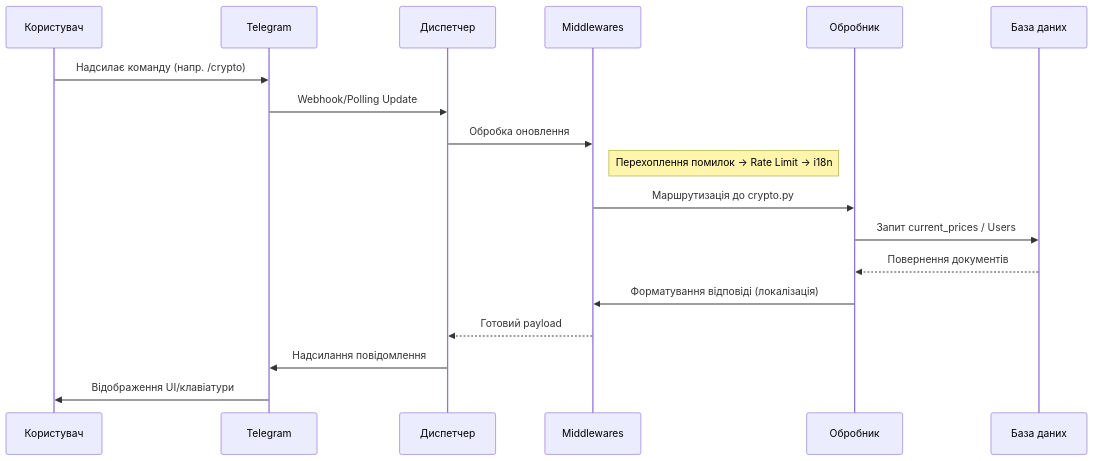
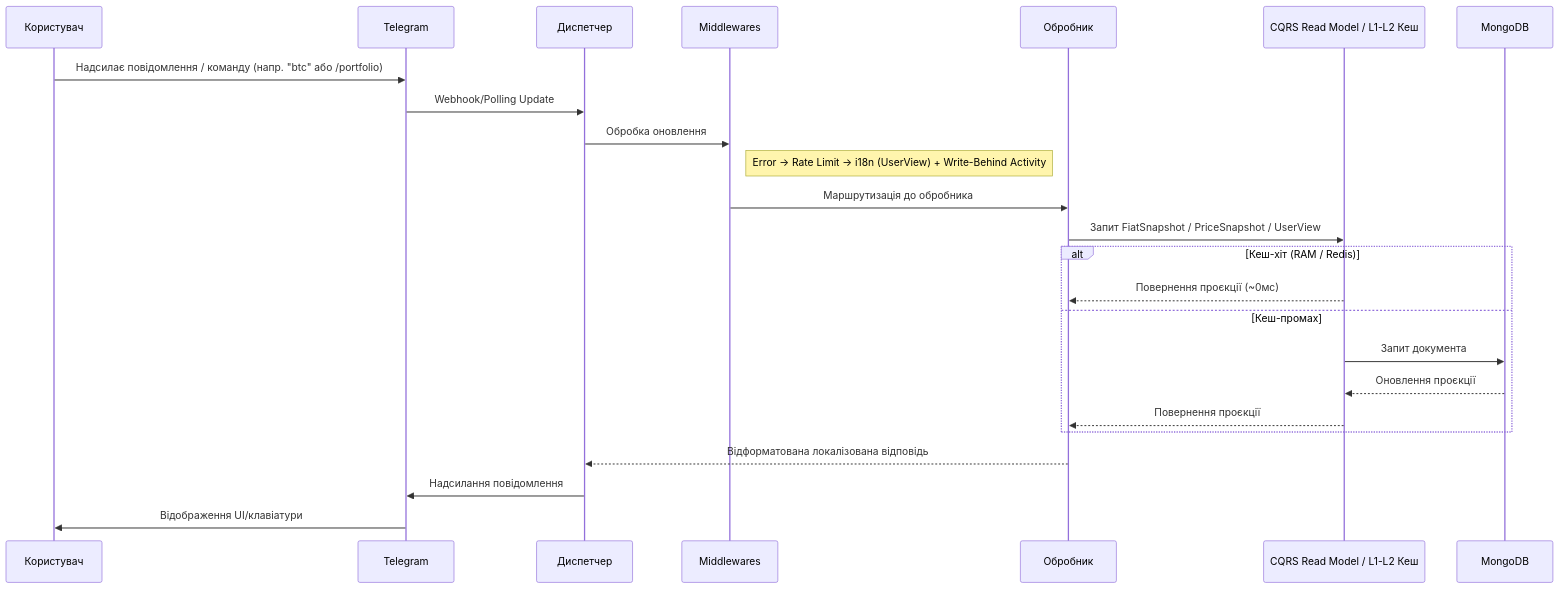
The first of 2 diagrams in docs/Ukrainian/ARCHITECTURE.md (teferdet/finances), drawn with Mermaid before and after one commit. The commit also changed other lines of this file and 9 other files, not shown here.

````diff
--- a/docs/Ukrainian/ARCHITECTURE.md
+++ b/docs/Ukrainian/ARCHITECTURE.md
@@ -27,26 +23,30 @@
 ```mermaid
 sequenceDiagram
     participant User as Користувач
     participant Telegram
     participant Dispatcher as Диспетчер
     participant Middlewares
     participant Handler as Обробник
-    participant Database as База даних
+    participant CQRS as CQRS Read Model / L1-L2 Кеш
+    participant Database as MongoDB
 
-    User->>Telegram: Надсилає команду (напр. /crypto)
+    User->>Telegram: Надсилає повідомлення / команду (напр. "btc" або /portfolio)
     Telegram->>Dispatcher: Webhook/Polling Update
 
     Dispatcher->>Middlewares: Обробка оновлення
-    Note right of Middlewares: Перехоплення помилок → Rate Limit → i18n
+    Note right of Middlewares: Error → Rate Limit → i18n (UserView) + Write-Behind Activity
 
-    Middlewares->>Handler: Маршрутизація до crypto.py
+    Middlewares->>Handler: Маршрутизація до обробника
+    Handler->>CQRS: Запит FiatSnapshot / PriceSnapshot / UserView
+    alt Кеш-хіт (RAM / Redis)
+        CQRS-->>Handler: Повернення проєкції (~0мс)
+    else Кеш-промах
+        CQRS->>Database: Запит документа
+        Database-->>CQRS: Оновлення проєкції
+        CQRS-->>Handler: Повернення проєкції
+    end
 
-    Handler->>Database: Запит current_prices / Users
-    Database-->>Handler: Повернення документів
-
-    Handler->>Middlewares: Форматування відповіді (локалізація)
-    Middlewares-->>Dispatcher: Готовий payload
-
+    Handler-->>Dispatcher: Відформатована локалізована відповідь
     Dispatcher->>Telegram: Надсилання повідомлення
     Telegram->>User: Відображення UI/клавіатури
 ```
````
